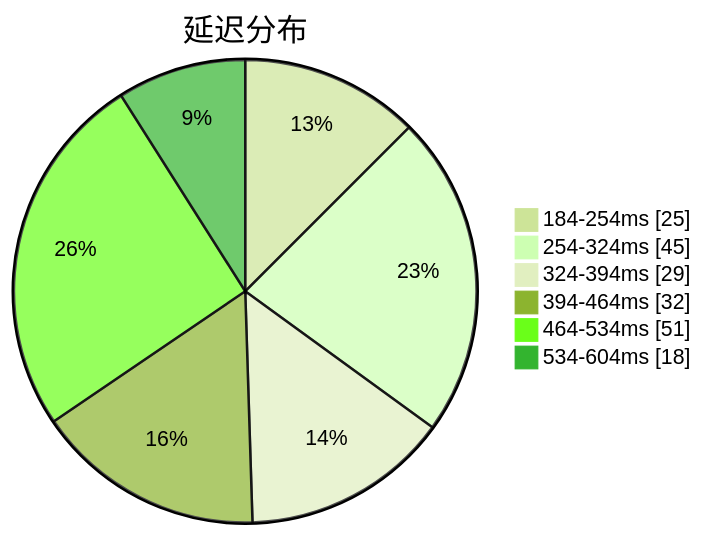
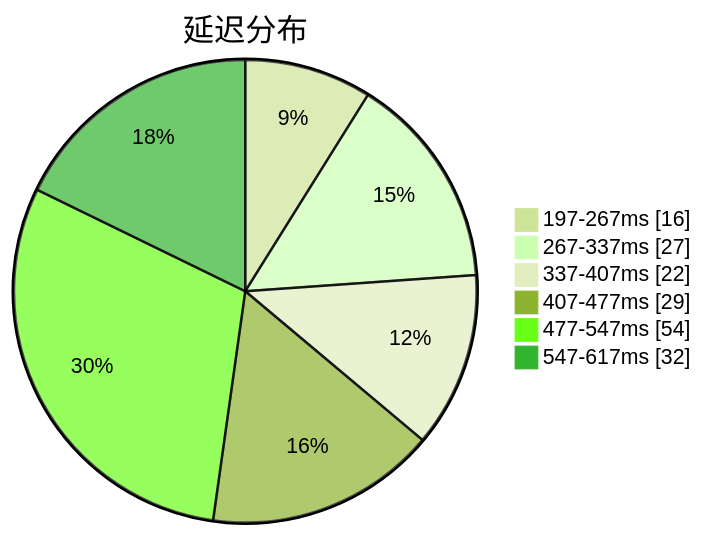
One commit to qjlxg/airport changed the first of 3 diagrams in subs/statistics/tested_within.md. Above: the diagram before and after it, drawn with Mermaid (forest theme). The commit also changed other lines of this file and 2 other files, not shown here.

````diff
--- a/subs/statistics/tested_within.md
+++ b/subs/statistics/tested_within.md
@@ -2,10 +2,10 @@
 ```mermaid
 pie showData
 title 延迟分布
-"184-254ms" : 25
-"254-324ms" : 45
-"324-394ms" : 29
-"394-464ms" : 32
-"464-534ms" : 51
-"534-604ms" : 18
+"197-267ms" : 16
+"267-337ms" : 27
+"337-407ms" : 22
+"407-477ms" : 29
+"477-547ms" : 54
+"547-617ms" : 32
 ```
````
